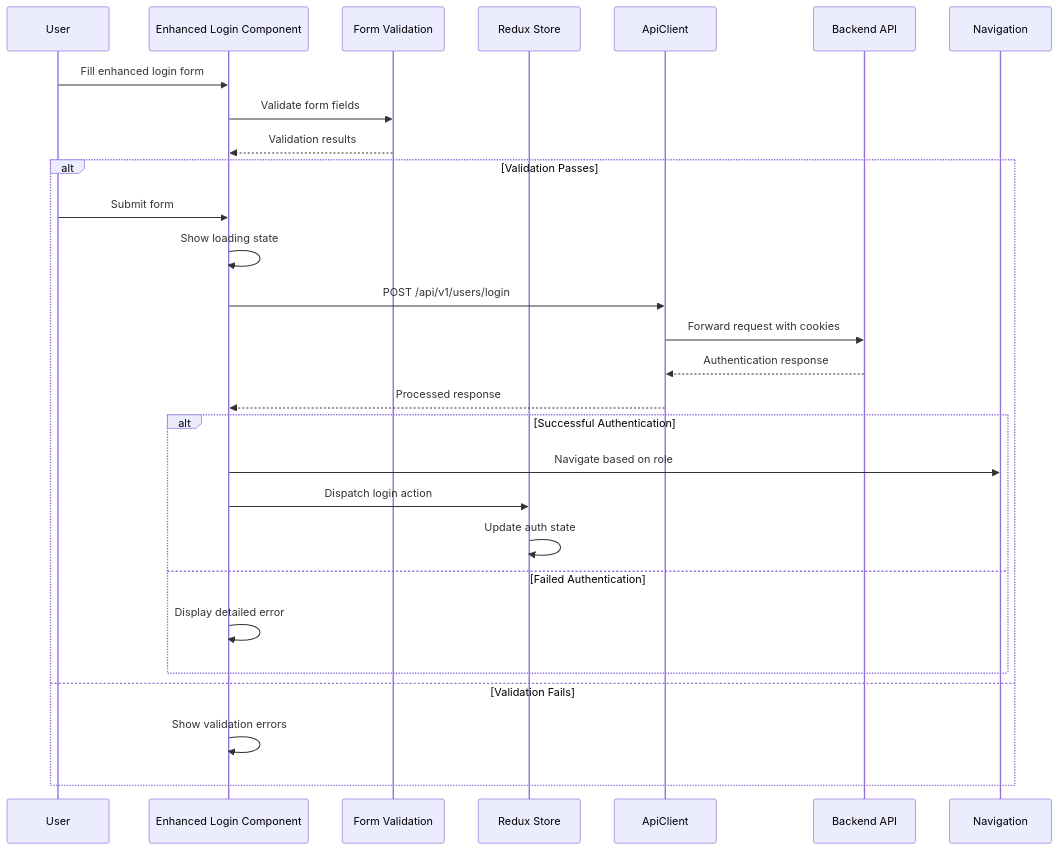
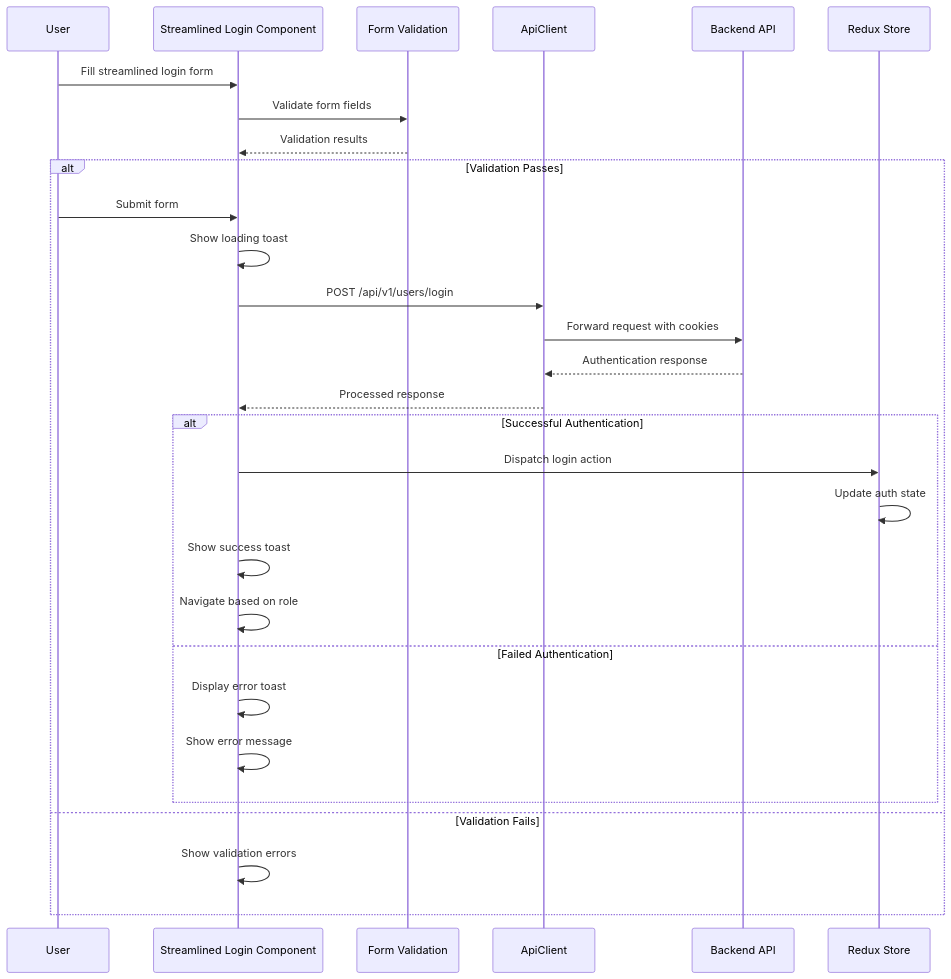
Before and after one commit to Aryan9060/Timetable-Project: the third of 13 diagrams in .qoder/repowiki/en/content/Authentication & Authorization/Login Page Implementation.md, drawn with Mermaid. The commit also changed other lines of this file and 7 other files, not shown here.

````diff
--- a/.qoder/repowiki/en/content/Authentication & Authorization/Login Page Implementation.md
+++ b/.qoder/repowiki/en/content/Authentication & Authorization/Login Page Implementation.md
@@ -143,30 +150,31 @@
 ```mermaid
 sequenceDiagram
 participant U as User
-participant L as Enhanced Login Component
+participant L as Streamlined Login Component
 participant V as Form Validation
-participant R as Redux Store
 participant A as ApiClient
 participant B as Backend API
-participant N as Navigation
-U->>L : Fill enhanced login form
+participant R as Redux Store
+U->>L : Fill streamlined login form
 L->>V : Validate form fields
 V-->>L : Validation results
 alt Validation Passes
 U->>L : Submit form
-L->>L : Show loading state
+L->>L : Show loading toast
 L->>A : POST /api/v1/users/login
 A->>B : Forward request with cookies
 B-->>A : Authentication response
 A-->>L : Processed response
 alt Successful Authentication
-L->>N : Navigate based on role
 L->>R : Dispatch login action
 R->>R : Update auth state
+L->>L : Show success toast
+L->>L : Navigate based on role
 else Failed Authentication
-L->>L : Display detailed error
+L->>L : Display error toast
+L->>L : Show error message
 end
 else Validation Fails
 L->>L : Show validation errors
 end
 ```
````
